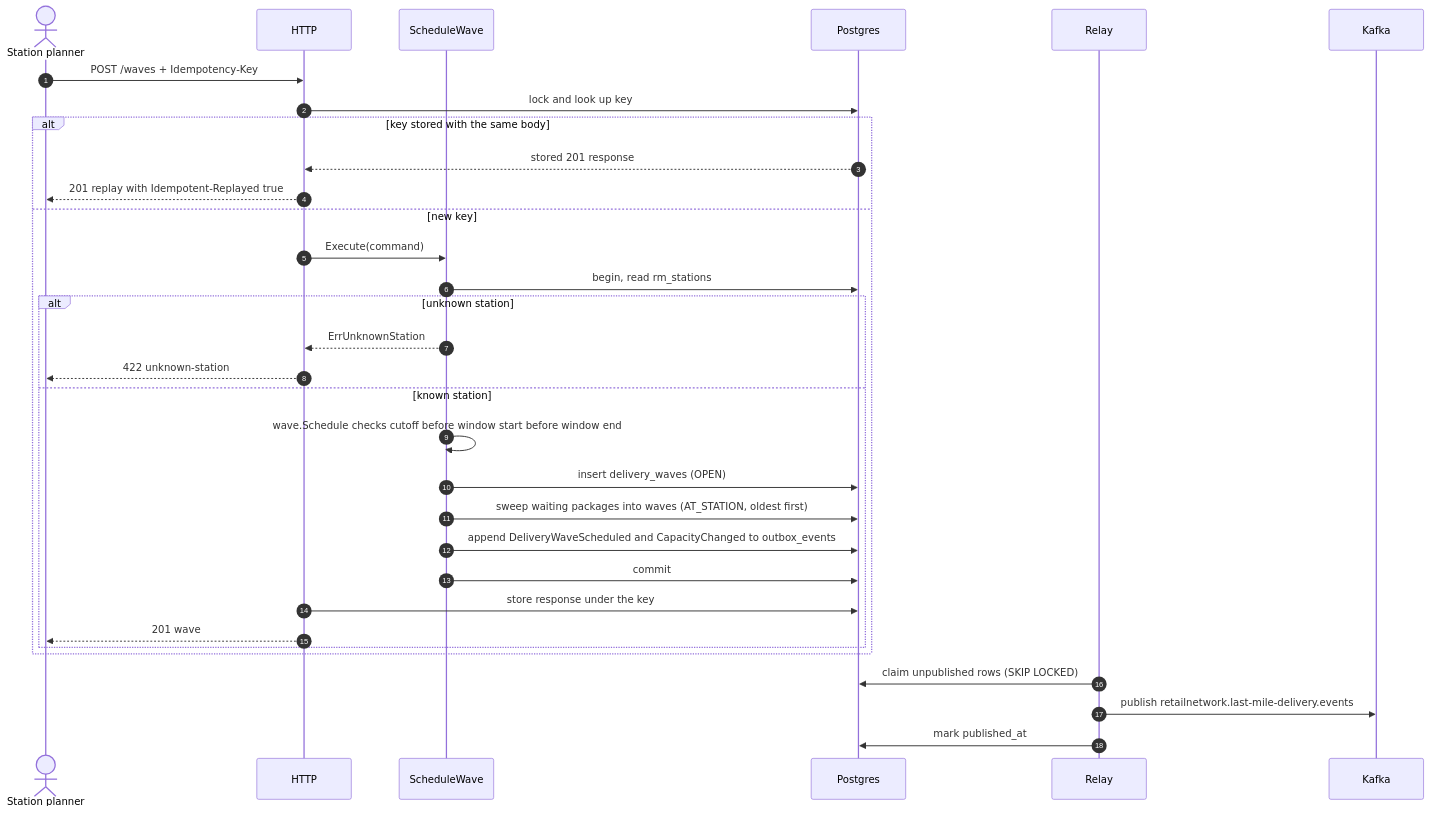
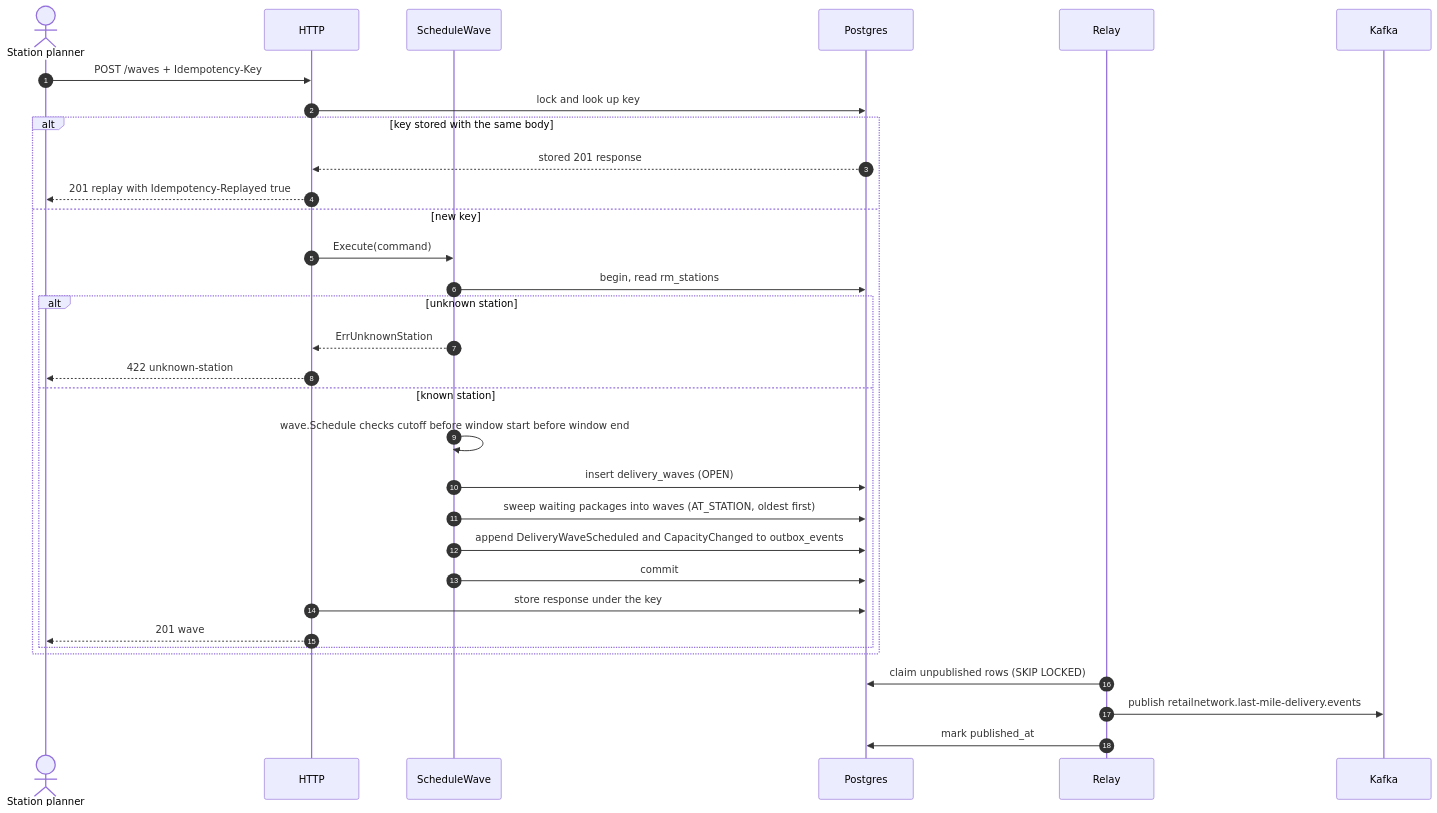
One commit to IQVO/last-mile-delivery changed the first of 6 diagrams in docs/docs/ddd/sequence-diagrams.md. Above: the diagram before and after it, drawn with Mermaid. The commit also changed other lines of this file and 53 other files, not shown here.

````diff
--- a/docs/docs/ddd/sequence-diagrams.md
+++ b/docs/docs/ddd/sequence-diagrams.md
@@ -14,34 +14,34 @@
 ```mermaid
 sequenceDiagram
     autonumber
     actor SP as Station planner
     participant HTTP
     participant UC as ScheduleWave
     participant DB as Postgres
     participant Relay
     participant Kafka
     SP->>HTTP: POST /waves + Idempotency-Key
     HTTP->>DB: lock and look up key
     alt key stored with the same body
         DB-->>HTTP: stored 201 response
-        HTTP-->>SP: 201 replay with Idempotent-Replayed true
+        HTTP-->>SP: 201 replay with Idempotency-Replayed true
     else new key
         HTTP->>UC: Execute(command)
         UC->>DB: begin, read rm_stations
         alt unknown station
             UC-->>HTTP: ErrUnknownStation
             HTTP-->>SP: 422 unknown-station
         else known station
             UC->>UC: wave.Schedule checks cutoff before window start before window end
             UC->>DB: insert delivery_waves (OPEN)
             UC->>DB: sweep waiting packages into waves (AT_STATION, oldest first)
             UC->>DB: append DeliveryWaveScheduled and CapacityChanged to outbox_events
             UC->>DB: commit
             HTTP->>DB: store response under the key
             HTTP-->>SP: 201 wave
         end
     end
     Relay->>DB: claim unpublished rows (SKIP LOCKED)
     Relay->>Kafka: publish retailnetwork.last-mile-delivery.events
     Relay->>DB: mark published_at
 ```
````
